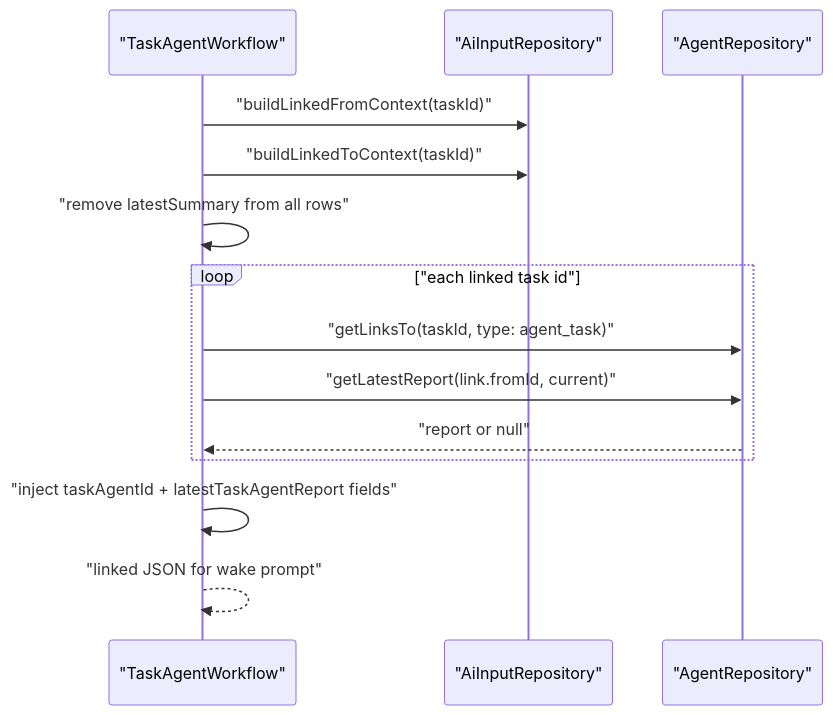
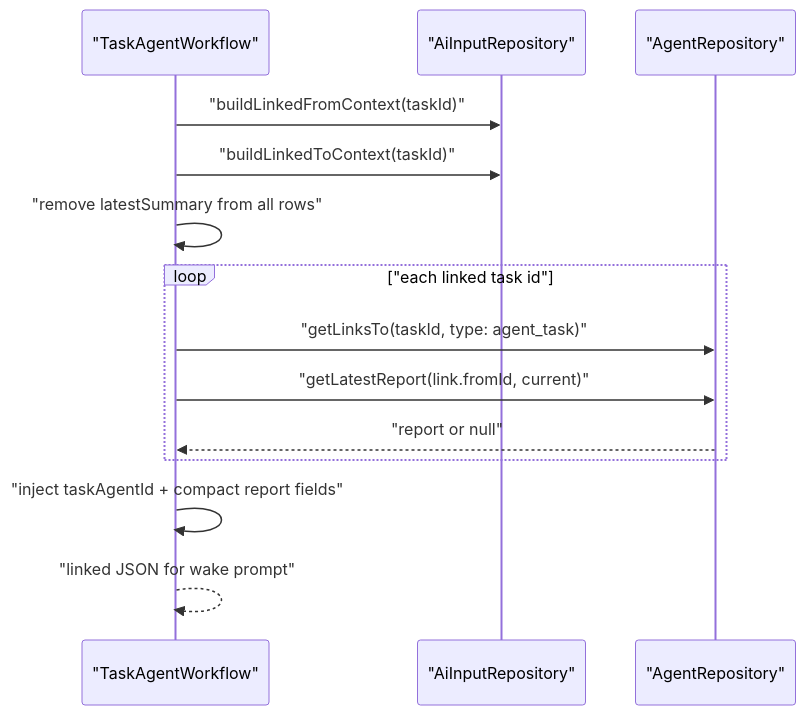
Before and after one commit to matthiasn/lotti: the first of 2 diagrams in docs/adr/0003-task-agent-linked-task-context-contract.md, drawn with Mermaid. The commit also changed other lines of this file and 11 other files, not shown here.

````diff
--- a/docs/adr/0003-task-agent-linked-task-context-contract.md
+++ b/docs/adr/0003-task-agent-linked-task-context-contract.md
@@ -35,17 +35,17 @@
 ```mermaid
 sequenceDiagram
   participant W as "TaskAgentWorkflow"
   participant AI as "AiInputRepository"
   participant AR as "AgentRepository"
 
   W->>AI: "buildLinkedFromContext(taskId)"
   W->>AI: "buildLinkedToContext(taskId)"
   W->>W: "remove latestSummary from all rows"
   loop "each linked task id"
     W->>AR: "getLinksTo(taskId, type: agent_task)"
     W->>AR: "getLatestReport(link.fromId, current)"
     AR-->>W: "report or null"
   end
-  W->>W: "inject taskAgentId + latestTaskAgentReport fields"
+  W->>W: "inject taskAgentId + compact report fields"
   W-->>W: "linked JSON for wake prompt"
 ```
````
